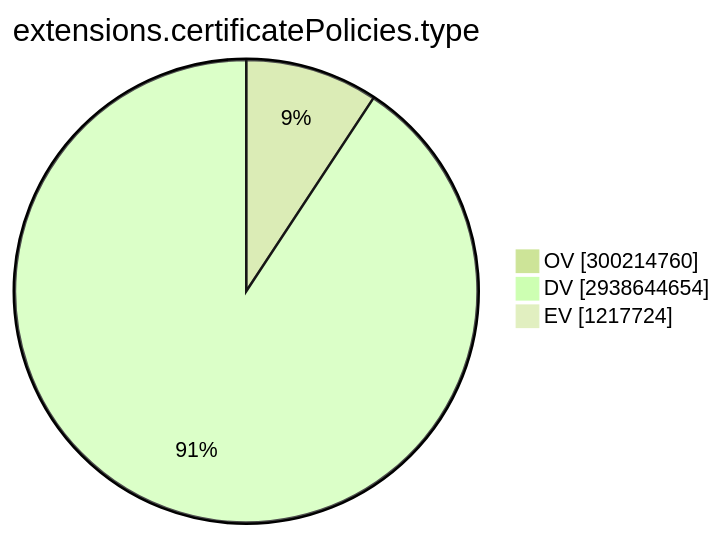
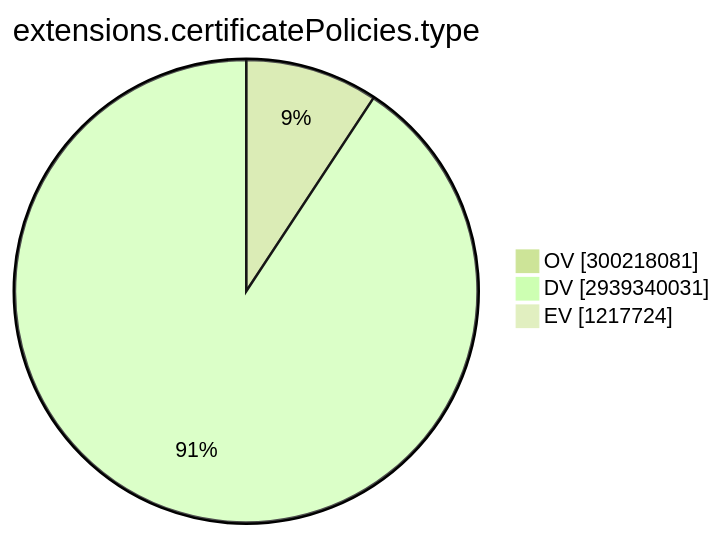
The ninth of 15 diagrams in TOTAL/README.md (christiankrug/ctmonitor_visualization), drawn with Mermaid (forest theme) before and after one commit. The commit also changed other lines of this file, not shown here.

````diff
--- a/TOTAL/README.md
+++ b/TOTAL/README.md
@@ -3101,7 +3101,7 @@
 ```mermaid
 pie showData
 title extensions.certificatePolicies.type
-"OV" :300214760
-"DV" :2938644654
+"OV" :300218081
+"DV" :2939340031
 "EV" :1217724
 ```
````
